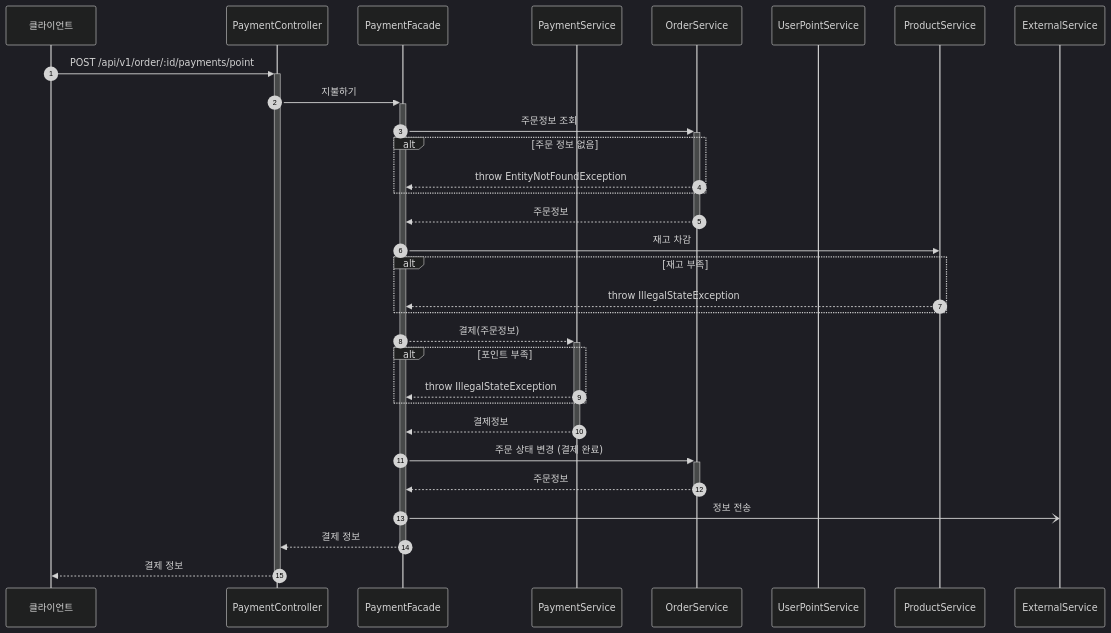
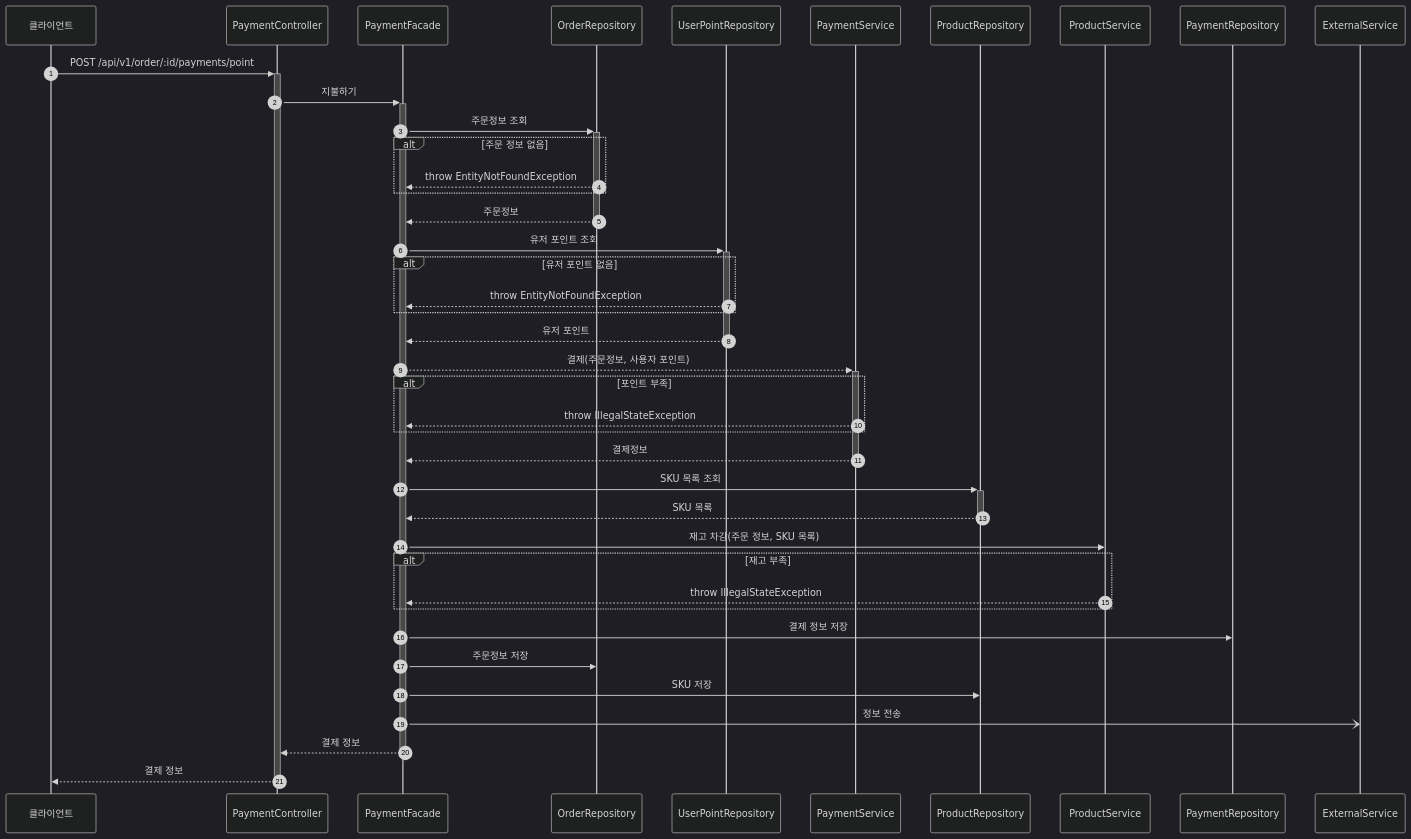
Diagram 13 of 13 in docs/02-sequence-diagrams.md (jsween5723/loopers-spring-kotlin-template), drawn with Mermaid (dark theme) before and after one commit.

Commit message:
docs(sequence): 결제 시퀀스 도메인 서비스 적용

````diff
--- a/docs/02-sequence-diagrams.md
+++ b/docs/02-sequence-diagrams.md
@@ -253,35 +253,47 @@
 ```mermaid
 sequenceDiagram
     autonumber
     participant C as 클라이언트
+
     participant PC as PaymentController
     participant PF as PaymentFacade
+    participant OR as OrderRepository
+    participant UPR as UserPointRepository
     participant PQS as PaymentService
-    participant OCS as OrderService
-    participant UPCS as UserPointService
+    participant PRR as ProductRepository
     participant PRCS as ProductService
+    participant PRR as ProductRepository
+    participant PR as PaymentRepository
     participant ES as ExternalService
     C ->>+ PC: POST /api/v1/order/:id/payments/point
     PC ->>+ PF: 지불하기
     
-    PF ->>+ OCS: 주문정보 조회
+    PF ->>+ OR: 주문정보 조회
     alt 주문 정보 없음
-        OCS -->> PF: throw EntityNotFoundException
+        OR -->> PF: throw EntityNotFoundException
     end
-    OCS -->>- PF: 주문정보
-    PF ->> PRCS: 재고 차감
-    alt 재고 부족
-        PRCS -->> PF: throw IllegalStateException
+    OR -->>- PF: 주문정보
+    
+    PF ->>+ UPR: 유저 포인트 조회
+    alt 유저 포인트 없음 
+        UPR -->> PF: throw EntityNotFoundException
     end
-    
-    PF -->>+ PQS: 결제(주문정보)
+    UPR -->>- PF: 유저 포인트
+    PF -->>+ PQS: 결제(주문정보, 사용자 포인트)
     alt 포인트 부족
         PQS -->> PF: throw IllegalStateException
     end
     PQS -->>- PF: 결제정보
-    PF ->>+ OCS: 주문 상태 변경 (결제 완료)
-    OCS -->>- PF: 주문정보
+    PF ->>+ PRR: SKU 목록 조회
+    PRR -->>- PF: SKU 목록
+    PF ->> PRCS: 재고 차감(주문 정보, SKU 목록)
+    alt 재고 부족
+        PRCS -->> PF: throw IllegalStateException
+    end
+    PF ->> PR: 결제 정보 저장
+    PF ->> OR: 주문정보 저장
+    PF ->> PRR: SKU 저장
     PF -) ES: 정보 전송
     PF -->>- PC: 결제 정보
     PC -->>- C: 결제 정보
 ```
````
